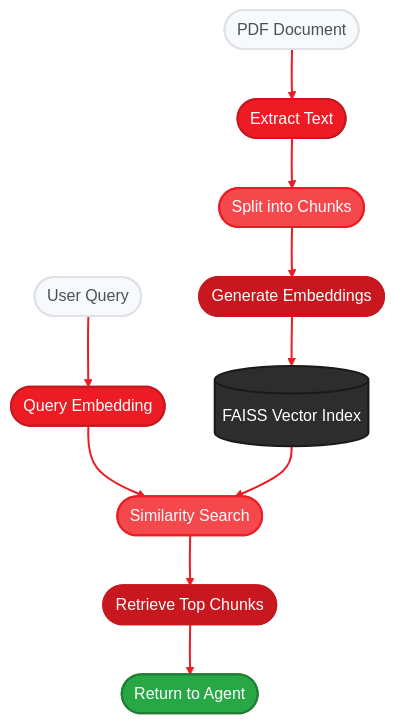
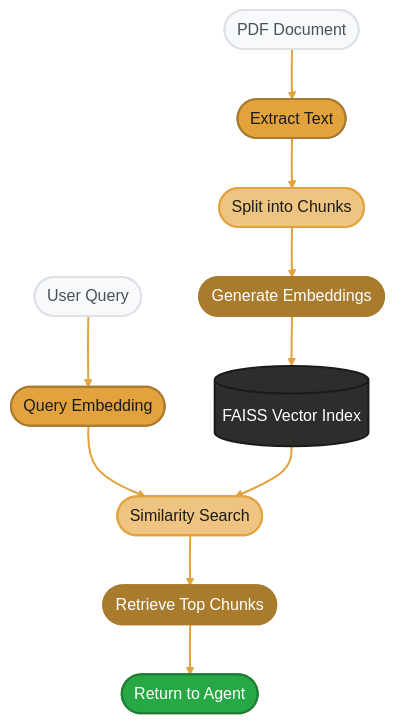
One commit to amd/gaia changed the third of 3 diagrams in docs/playbooks/chat-agent/part-1-getting-started.mdx. Above: the diagram before and after it, drawn with Mermaid. The commit also changed other lines of this file and 37 other files, not shown here.

````diff
--- a/docs/playbooks/chat-agent/part-1-getting-started.mdx
+++ b/docs/playbooks/chat-agent/part-1-getting-started.mdx
@@ -314,27 +314,27 @@
 ```mermaid
-%%{init: {'theme':'base', 'themeVariables': { 'primaryColor':'#ED1C24', 'primaryTextColor':'#fff', 'primaryBorderColor':'#C8171E', 'lineColor':'#F4484D', 'fontFamily': 'system-ui, -apple-system, sans-serif'}}}%%
+%%{init: {'theme':'base', 'themeVariables': { 'primaryColor':'#E2A33E', 'primaryTextColor':'#1a1a1a', 'primaryBorderColor':'#A87B2D', 'lineColor':'#EFC480', 'fontFamily': 'system-ui, -apple-system, sans-serif'}}}%%
 flowchart TD
     A(["PDF Document"]) --> B(["Extract Text"])
     B --> C(["Split into Chunks"])
     C --> D(["Generate Embeddings"])
     D --> E[("FAISS Vector Index")]
 
     F(["User Query"]) --> G(["Query Embedding"])
     G --> H(["Similarity Search"])
     E --> H
     H --> I(["Retrieve Top Chunks"])
     I --> J(["Return to Agent"])
 
     style A fill:#f8f9fa,stroke:#dee2e6,stroke-width:2px,color:#495057
-    style B fill:#ED1C24,stroke:#C8171E,stroke-width:2px,color:#fff
-    style C fill:#F4484D,stroke:#ED1C24,stroke-width:2px,color:#fff
-    style D fill:#C8171E,stroke:#C8171E,stroke-width:2px,color:#fff
+    style B fill:#E2A33E,stroke:#A87B2D,stroke-width:2px,color:#1a1a1a
+    style C fill:#EFC480,stroke:#E2A33E,stroke-width:2px,color:#1a1a1a
+    style D fill:#A87B2D,stroke:#A87B2D,stroke-width:2px,color:#fff
     style E fill:#2d2d2d,stroke:#1a1a1a,stroke-width:2px,color:#fff
     style F fill:#f8f9fa,stroke:#dee2e6,stroke-width:2px,color:#495057
-    style G fill:#ED1C24,stroke:#C8171E,stroke-width:2px,color:#fff
-    style H fill:#F4484D,stroke:#ED1C24,stroke-width:2px,color:#fff
-    style I fill:#C8171E,stroke:#C8171E,stroke-width:2px,color:#fff
+    style G fill:#E2A33E,stroke:#A87B2D,stroke-width:2px,color:#1a1a1a
+    style H fill:#EFC480,stroke:#E2A33E,stroke-width:2px,color:#1a1a1a
+    style I fill:#A87B2D,stroke:#A87B2D,stroke-width:2px,color:#fff
     style J fill:#28a745,stroke:#1e7e34,stroke-width:2px,color:#fff
 
-    linkStyle 0,1,2,3,4,5,6,7,8 stroke:#ED1C24,stroke-width:2px
+    linkStyle 0,1,2,3,4,5,6,7,8 stroke:#E2A33E,stroke-width:2px
 ```
````
